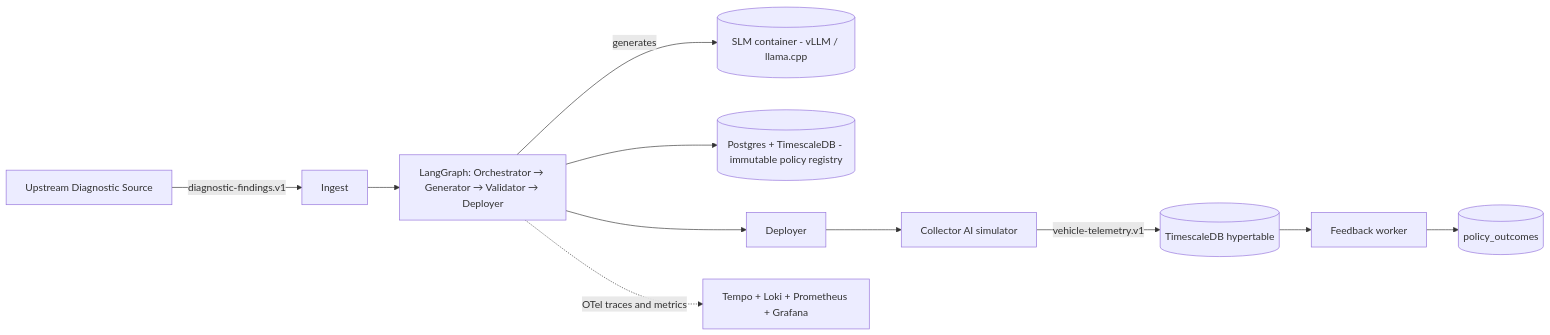
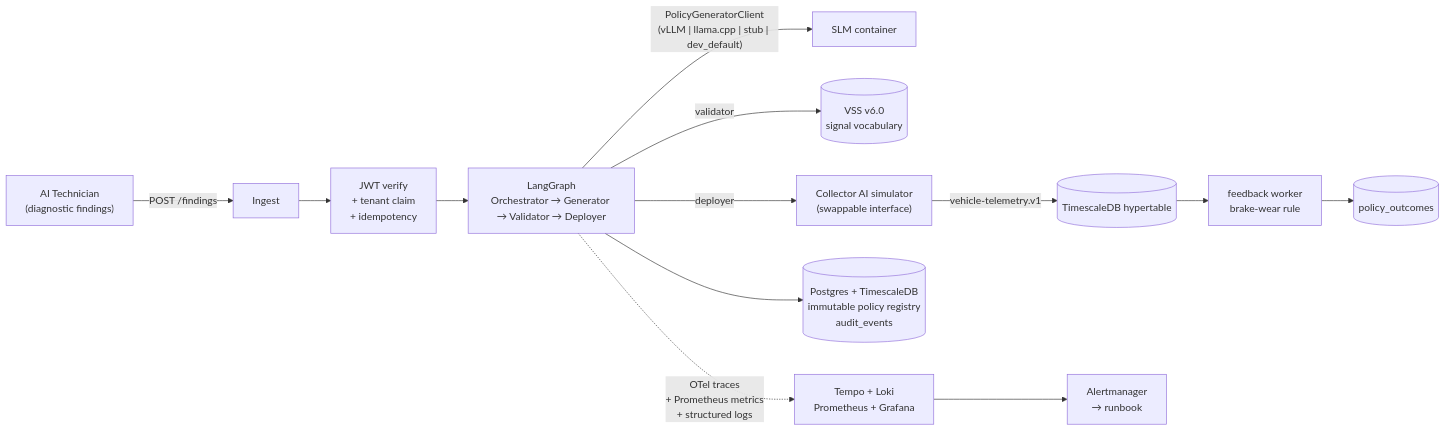
One commit to arunveligatla99/snts_collectmind changed the diagram in README.md. Above: the diagram before and after it, drawn with Mermaid. The commit also changed other lines of this file and 5 other files, not shown here.

````diff
--- a/README.md
+++ b/README.md
@@ -11,13 +13,15 @@
 ```mermaid
 flowchart LR
-    Upstream[Upstream Diagnostic Source] -->|diagnostic-findings.v1| Ingest
-    Ingest --> Graph[LangGraph: Orchestrator → Generator → Validator → Deployer]
-    Graph -->|generates| SLM[(SLM container - vLLM / llama.cpp)]
-    Graph --> Registry[(Postgres + TimescaleDB - immutable policy registry)]
-    Graph --> Deployer
-    Deployer --> CollectorAI[Collector AI simulator]
-    CollectorAI -->|vehicle-telemetry.v1| Telemetry[(TimescaleDB hypertable)]
-    Telemetry --> Feedback[Feedback worker]
-    Feedback --> Outcome[(policy_outcomes)]
-    Graph -.OTel traces and metrics.-> Observability[Tempo + Loki + Prometheus + Grafana]
+    Upstream["AI Technician<br/>(diagnostic findings)"] -->|"POST /findings"| Ingest
+    Ingest --> Auth["JWT verify<br/>+ tenant claim<br/>+ idempotency"]
+    Auth --> Graph["LangGraph<br/>Orchestrator → Generator → Validator → Deployer"]
+    Graph -->|"PolicyGeneratorClient<br/>(vLLM | llama.cpp | stub | dev_default)"| SLM["SLM container"]
+    Graph -->|"validator"| VSS[("VSS v6.0<br/>signal vocabulary")]
+    Graph -->|"deployer"| Sim["Collector AI simulator<br/>(swappable interface)"]
+    Graph --> Registry[("Postgres + TimescaleDB<br/>immutable policy registry<br/>audit_events")]
+    Sim -->|"vehicle-telemetry.v1"| Telemetry[("TimescaleDB hypertable")]
+    Telemetry --> Feedback["feedback worker<br/>brake-wear rule"]
+    Feedback --> Outcome[("policy_outcomes")]
+    Graph -.->|"OTel traces<br/>+ Prometheus metrics<br/>+ structured logs"| Obs["Tempo + Loki<br/>Prometheus + Grafana"]
+    Obs --> Alerts["Alertmanager<br/>→ runbook"]
 ```
````
